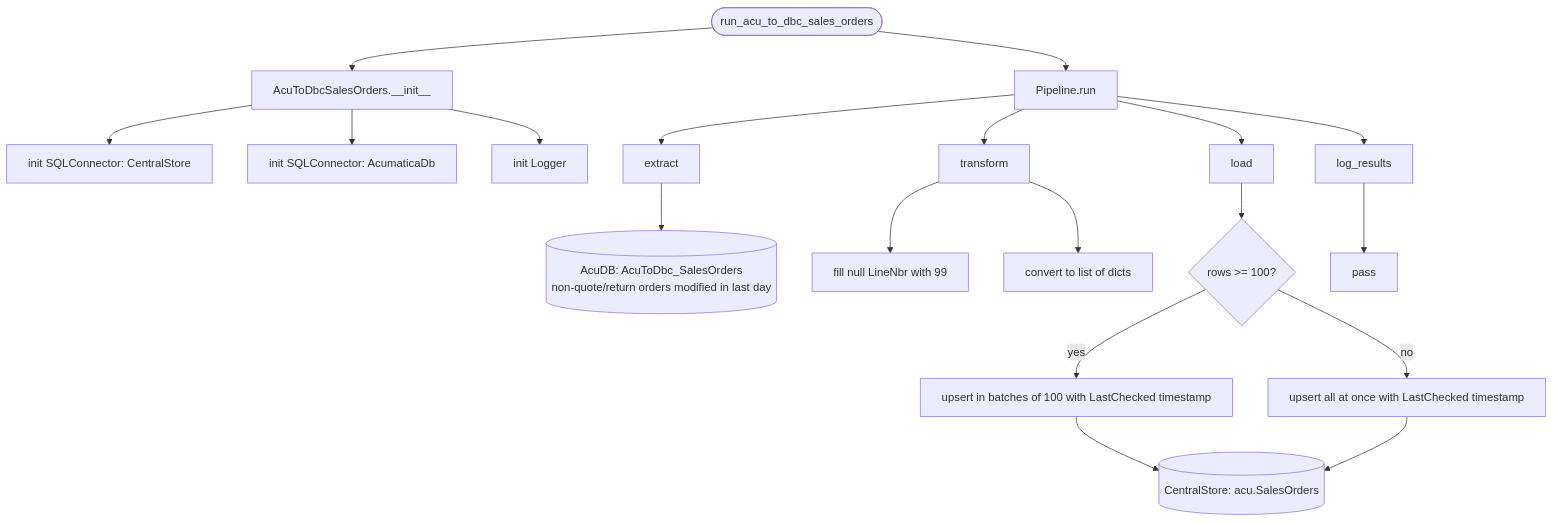
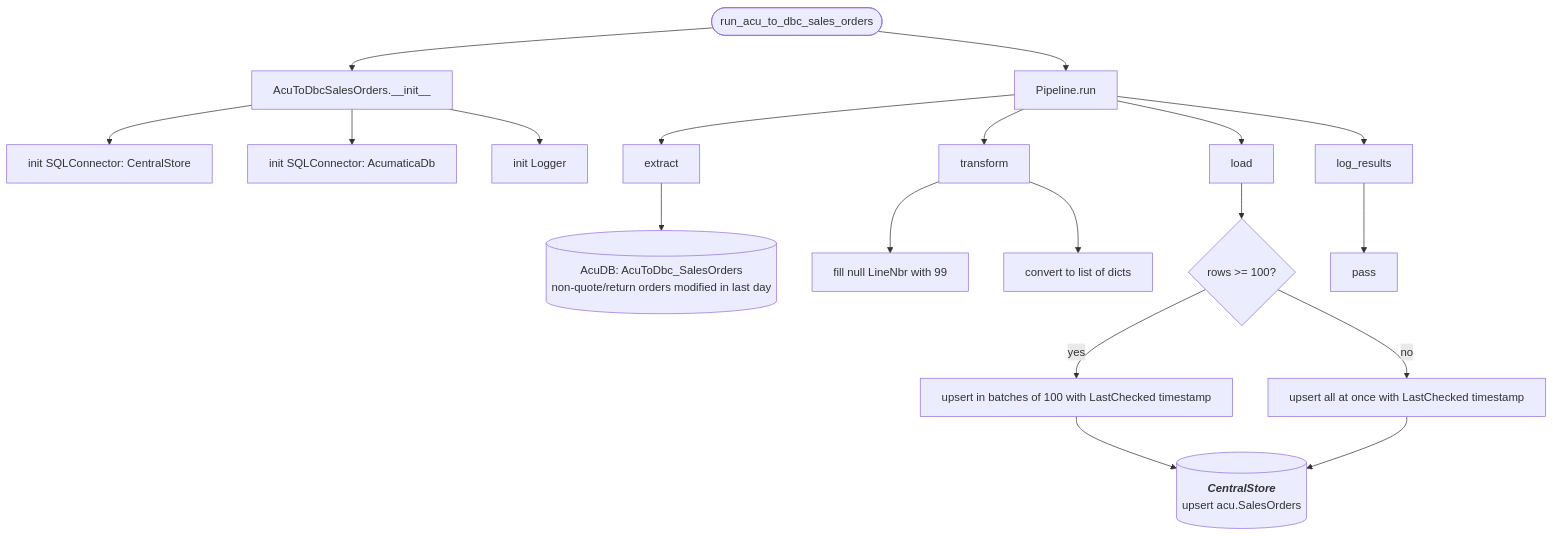
The diagram in docs/pipelines/acu_to_dbc_sales_orders.md (journeyhl/integration-platform), drawn with Mermaid before and after one commit. The commit also changed 25 other files, not shown here.

````diff
--- a/docs/pipelines/acu_to_dbc_sales_orders.md
+++ b/docs/pipelines/acu_to_dbc_sales_orders.md
@@ -1,26 +1,29 @@
 ```mermaid
 %%{init: {"flowchart": {"wrappingWidth": 400}}}%%
 flowchart TD
     A([run_acu_to_dbc_sales_orders]) --> B[AcuToDbcSalesOrders.__init__]
     B --> B1[init SQLConnector: CentralStore]
     B --> B2[init SQLConnector: AcumaticaDb]
     B --> B3[init Logger]
     A --> RUN[Pipeline.run]
 
     RUN --> EX[extract]
     EX --> D1[(AcuDB: AcuToDbc_SalesOrders<br/>non-quote/return orders modified in last day)]
 
     RUN --> TR[transform]
     TR --> T1[fill null LineNbr with 99]
     TR --> T2[convert to list of dicts]
 
     RUN --> LD[load]
     LD --> L1{rows >= 100?}
     L1 -->|yes| L2[upsert in batches of 100 with LastChecked timestamp]
     L1 -->|no| L3[upsert all at once with LastChecked timestamp]
-    L2 --> CS1[(CentralStore: acu.SalesOrders)]
+    L2 --> CS1[(
+        <b><i>CentralStore</i></b>
+        upsert acu.SalesOrders
+    )]
     L3 --> CS1
 
     RUN --> LR[log_results]
     LR --> LO[pass]
 ```
````
